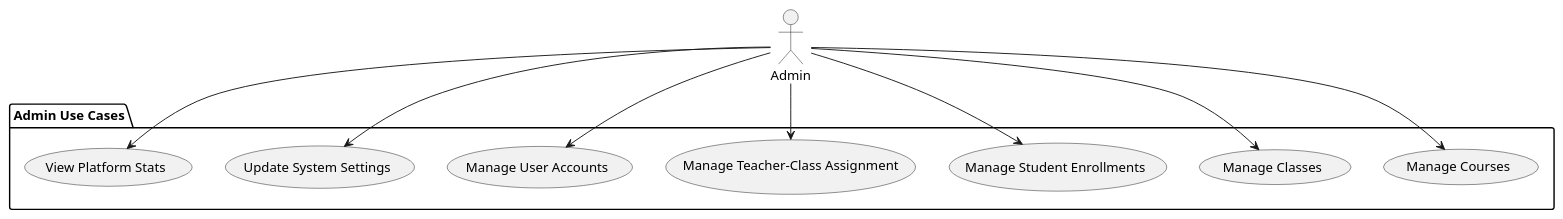
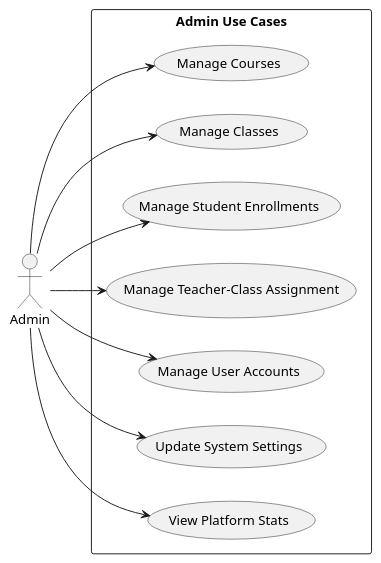
Before and after one commit to Huangphoux/uit-SE357_requirement: the diagram in docs/2. Diagrams/Use case diagram/AdminUseCaseDiagram.pu, drawn with PlantUML. The commit also changed 30 other files, not shown here.

```diff
--- a/docs/2. Diagrams/Use case diagram/AdminUseCaseDiagram.pu
+++ b/docs/2. Diagrams/Use case diagram/AdminUseCaseDiagram.pu
@@ -1,26 +1,28 @@
 @startuml AdminUseCaseDiagram
+
+left to right direction
 
 ' Define actor
 actor Admin
 
 ' Group use cases in a box
-package "Admin Use Cases" {
+rectangle "Admin Use Cases" {
   usecase "Manage Courses" as UC12
   usecase "Manage Classes" as UC13
   usecase "Manage Student Enrollments" as UC14
   usecase "Manage Teacher-Class Assignment" as UC15
   usecase "Manage User Accounts" as UC16
   usecase "Update System Settings" as UC17
   usecase "View Platform Stats" as UC18
 }
 
 ' Relationships for Admin
 Admin --> UC12
 Admin --> UC13
 Admin --> UC14
 Admin --> UC15
 Admin --> UC16
 Admin --> UC17
 Admin --> UC18
 
 @enduml
```
